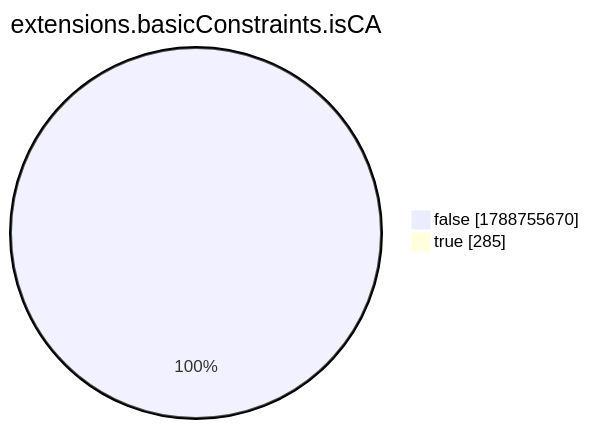
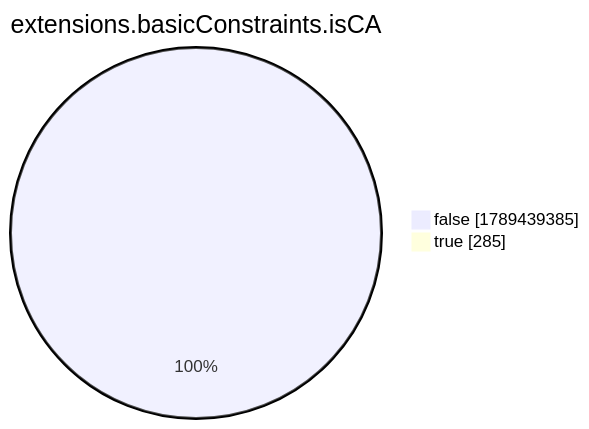
One commit to christiankrug/ctmonitor_visualization changed the eighth of 15 diagrams in xenon2022/README.md. Above: the diagram before and after it, drawn with Mermaid. The commit also changed other lines of this file, not shown here.

````diff
--- a/xenon2022/README.md
+++ b/xenon2022/README.md
@@ -2868,6 +2868,6 @@
 ```mermaid
 pie showData
 title extensions.basicConstraints.isCA
-"false" :1788755670
+"false" :1789439385
 "true" :285
 ```
````
